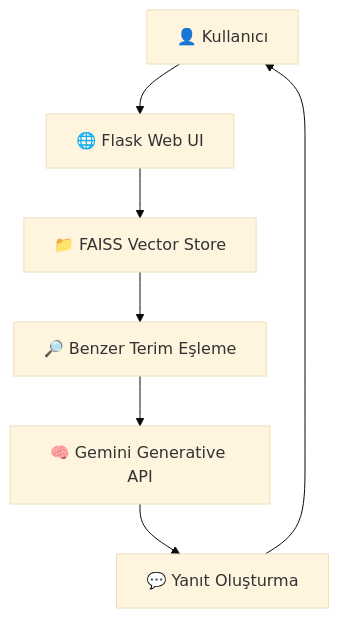
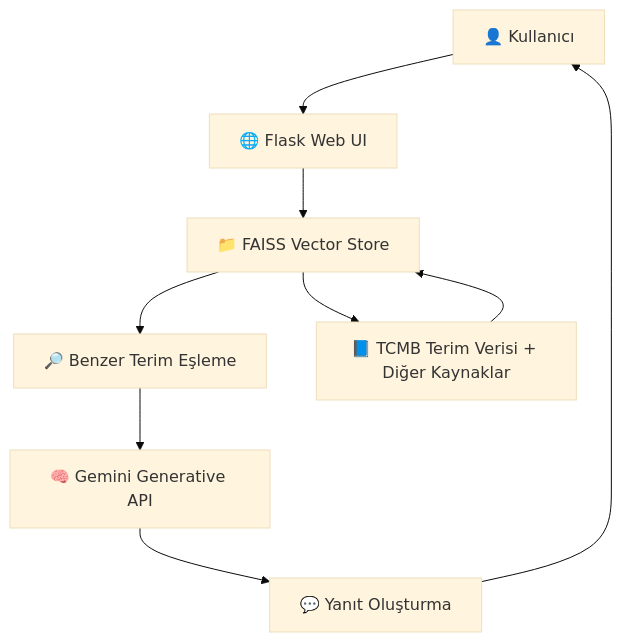
The diagram in README.md (bugraq/finansal-terimler-chatbot), drawn with Mermaid (base theme) before and after one commit. The commit also changed other lines of this file, not shown here.

````diff
--- a/README.md
+++ b/README.md
@@ -87,9 +105,11 @@
 ```mermaid
 graph TD
     A[👤 Kullanıcı] --> B[🌐 Flask Web UI]
     B --> C[📁 FAISS Vector Store]
     C --> D[🔎 Benzer Terim Eşleme]
     D --> E[🧠 Gemini Generative API]
     E --> F[💬 Yanıt Oluşturma]
     F --> A
+    C --> G[📘 TCMB Terim Verisi + Diğer Kaynaklar]
+    G --> C
 ```
````
